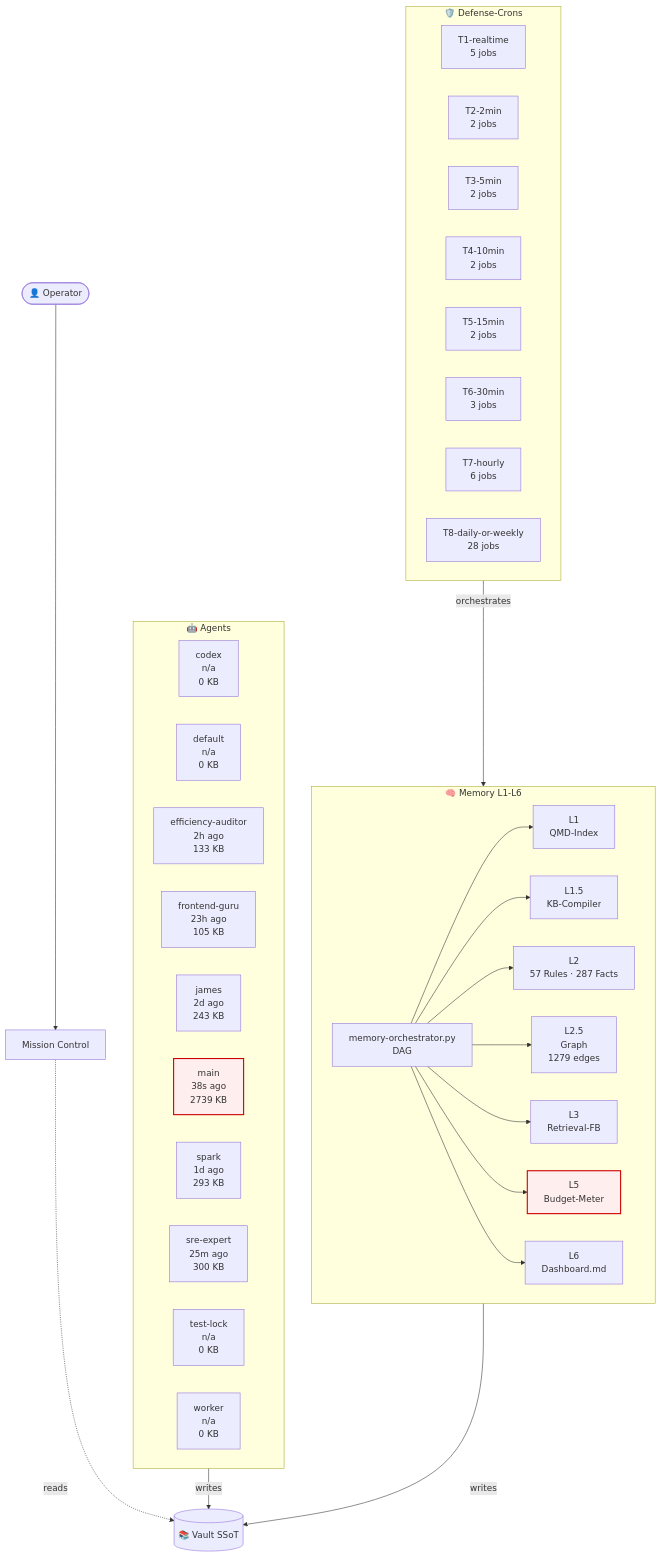
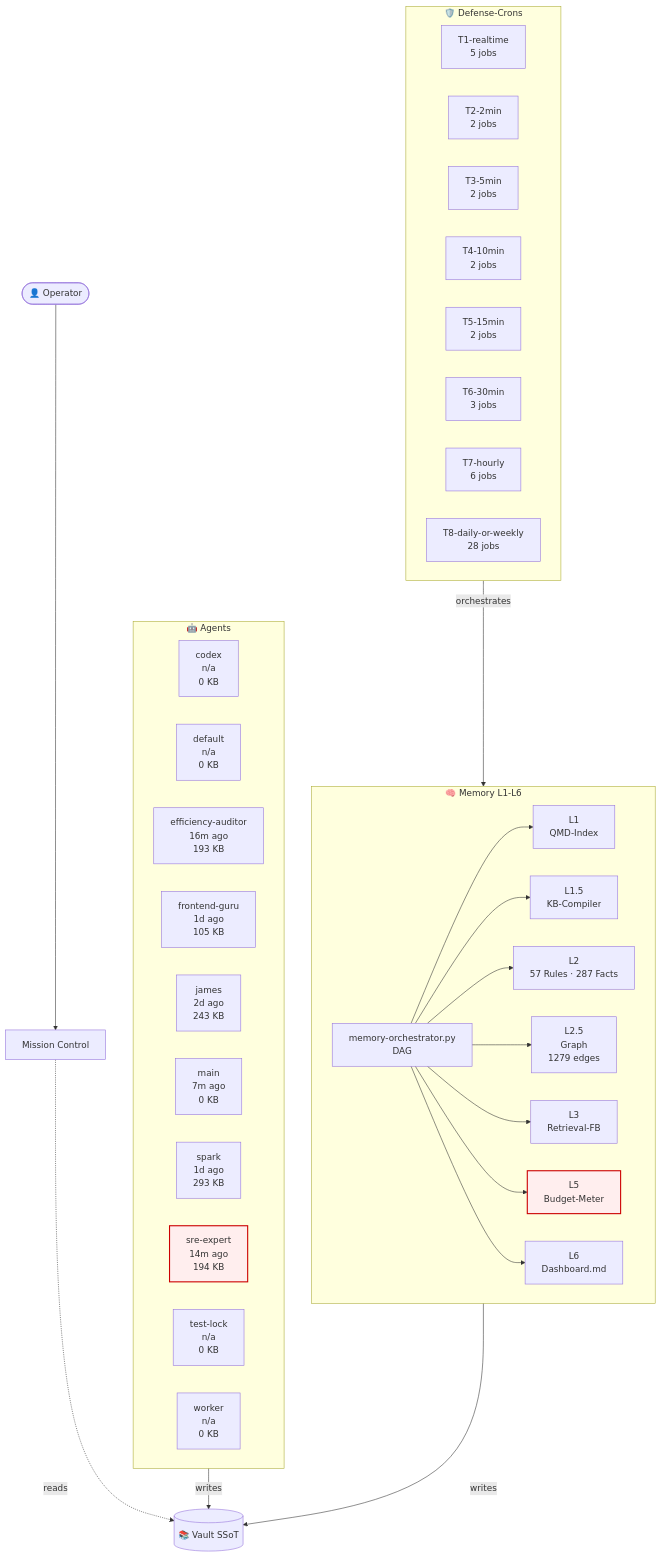
One commit to lenardhuebner88-rgb/openclaw-memory changed the diagram in 03-Agents/architecture-live.md. Above: the diagram before and after it, drawn with Mermaid. The commit also changed other lines of this file and 15 other files, not shown here.

````diff
--- a/03-Agents/architecture-live.md
+++ b/03-Agents/architecture-live.md
@@ -18,53 +18,53 @@
 ```mermaid
 flowchart TB
     classDef critical fill:#fee,stroke:#c00,stroke-width:2px;
     subgraph AGT["🤖 Agents"]
         agent_codex["codex<br/>n/a<br/>0 KB"]
         agent_default["default<br/>n/a<br/>0 KB"]
-        agent_efficiency_auditor["efficiency-auditor<br/>2h ago<br/>133 KB"]
-        agent_frontend_guru["frontend-guru<br/>23h ago<br/>105 KB"]
+        agent_efficiency_auditor["efficiency-auditor<br/>16m ago<br/>193 KB"]
+        agent_frontend_guru["frontend-guru<br/>1d ago<br/>105 KB"]
         agent_james["james<br/>2d ago<br/>243 KB"]
-        agent_main["main<br/>38s ago<br/>2739 KB"]
+        agent_main["main<br/>7m ago<br/>0 KB"]
         agent_spark["spark<br/>1d ago<br/>293 KB"]
-        agent_sre_expert["sre-expert<br/>25m ago<br/>300 KB"]
+        agent_sre_expert["sre-expert<br/>14m ago<br/>194 KB"]
         agent_test_lock["test-lock<br/>n/a<br/>0 KB"]
         agent_worker["worker<br/>n/a<br/>0 KB"]
     end
     subgraph MEM["🧠 Memory L1-L6"]
         L1["L1<br/>QMD-Index"]
         L15["L1.5<br/>KB-Compiler"]
         L2["L2<br/>57 Rules · 287 Facts"]
         L25["L2.5<br/>Graph<br/>1279 edges"]
         L3["L3<br/>Retrieval-FB"]
         L5["L5<br/>Budget-Meter"]
         L6["L6<br/>Dashboard.md"]
         ORCH["memory-orchestrator.py<br/>DAG"]
     end
     subgraph CRN["🛡️ Defense-Crons"]
         tier_T1_realtime["T1-realtime<br/>5 jobs"]
         tier_T2_2min["T2-2min<br/>2 jobs"]
         tier_T3_5min["T3-5min<br/>2 jobs"]
         tier_T4_10min["T4-10min<br/>2 jobs"]
         tier_T5_15min["T5-15min<br/>2 jobs"]
         tier_T6_30min["T6-30min<br/>3 jobs"]
         tier_T7_hourly["T7-hourly<br/>6 jobs"]
         tier_T8_daily_or_weekly["T8-daily-or-weekly<br/>28 jobs"]
     end
     VAULT[("📚 Vault SSoT")]
     OP([👤 Operator])
     MC["Mission Control"]
     OP --> MC
     MC -.reads.-> VAULT
     AGT -->|writes| VAULT
     MEM -->|writes| VAULT
     ORCH --> L1
     ORCH --> L15
     ORCH --> L2
     ORCH --> L25
     ORCH --> L3
     ORCH --> L5
     ORCH --> L6
     CRN -->|orchestrates| MEM
     class L5 critical
-    class agent_main critical
+    class agent_sre_expert critical
 ```
````
